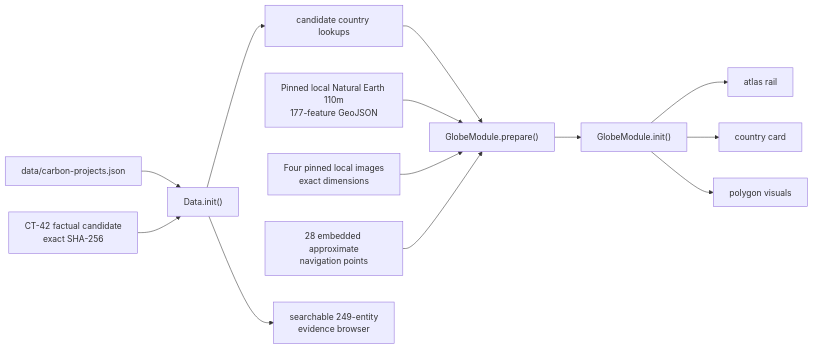
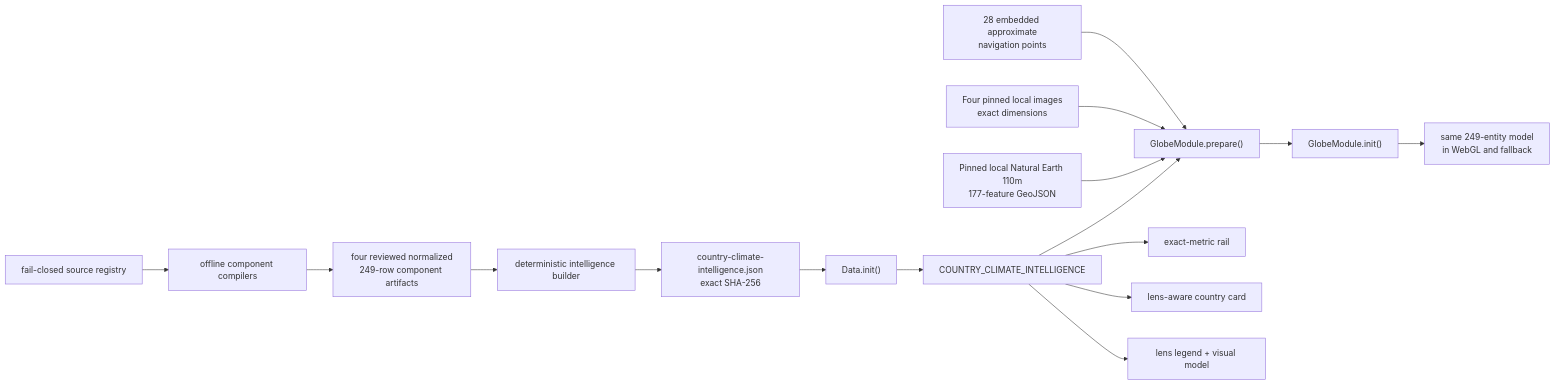
Before and after one commit to earth-love-united/earthloveunited.org: the diagram in ARCHITECTURE.md, drawn with Mermaid. The commit also changed other lines of this file and 129 other files, not shown here.

First line of the commit message:
feat(climate): govern country intelligence release (#67)

````diff
--- a/ARCHITECTURE.md
+++ b/ARCHITECTURE.md
@@ -145,15 +150,18 @@
 ```mermaid
 flowchart LR
-    C["data/carbon-projects.json"] --> D
-    F["CT-42 factual candidate<br/>exact SHA-256"] --> D["Data.init()"]
-    D --> L["candidate country lookups"]
-    L --> P["GlobeModule.prepare()"]
+    SR["fail-closed source registry"] --> C["offline component compilers"]
+    C --> F["four reviewed normalized<br/>249-row component artifacts"]
+    F --> X["deterministic intelligence builder"]
+    X --> J["country-climate-intelligence.json<br/>exact SHA-256"]
+    J --> D["Data.init()"]
+    D --> M["COUNTRY_CLIMATE_INTELLIGENCE"]
+    M --> P["GlobeModule.prepare()"]
     N["Pinned local Natural Earth 110m<br/>177-feature GeoJSON"] --> P
     I["Four pinned local images<br/>exact dimensions"] --> P
-    S["28 embedded approximate<br/>navigation points"] --> P
+    PTS["28 embedded approximate<br/>navigation points"] --> P
     P --> G["GlobeModule.init()"]
-    G --> R["atlas rail"]
-    G --> K["country card"]
-    G --> V["polygon visuals"]
-    D --> B["searchable 249-entity<br/>evidence browser"]
+    M --> R["exact-metric rail"]
+    M --> K["lens-aware country card"]
+    M --> V["lens legend + visual model"]
+    G --> B["same 249-entity model<br/>in WebGL and fallback"]
 ```
````
